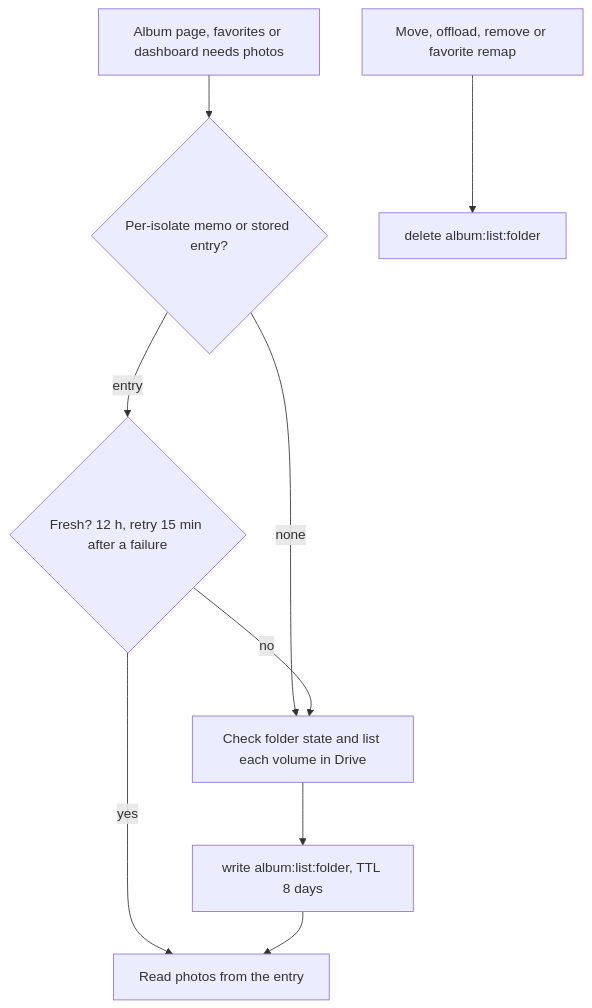
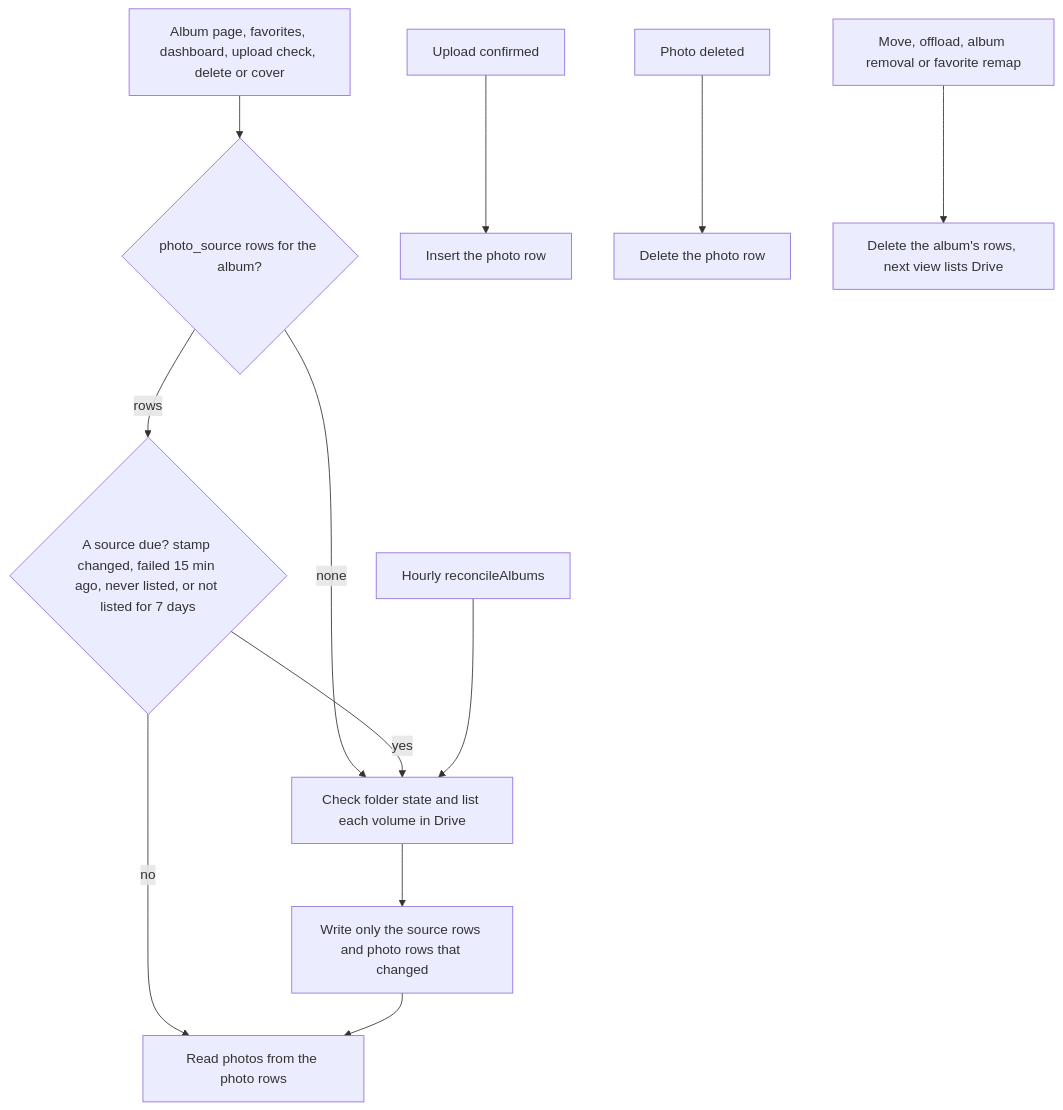
One commit to sagyzdop/meriksirat changed the diagram in docs/scenarios/kv/album-listing.md. Above: the diagram before and after it, drawn with Mermaid. The commit also changed other lines of this file and 53 other files, not shown here.

First line of the commit message:
feat(albums): keep photos as rows in D1 and remove KV

````diff
--- a/docs/scenarios/kv/album-listing.md
+++ b/docs/scenarios/kv/album-listing.md
@@ -7,11 +7,14 @@
 ```mermaid
 flowchart TD
-    A[Album page, favorites or dashboard needs photos] --> B{Per-isolate memo or stored entry?}
+    A[Album page, favorites, dashboard, upload check, delete or cover] --> B{photo_source rows for the album?}
     B -- none --> D[Check folder state and list each volume in Drive]
-    B -- entry --> C{Fresh? 12 h, retry 15 min after a failure}
-    C -- yes --> R[Read photos from the entry]
-    C -- no --> D
-    D --> E[write album:list:folder, TTL 8 days]
+    B -- rows --> C{A source due? stamp changed, failed 15 min ago, never listed, or not listed for 7 days}
+    C -- no --> R[Read photos from the photo rows]
+    C -- yes --> D
+    D --> E[Write only the source rows and photo rows that changed]
     E --> R
-    X[Move, offload, remove or favorite remap] --> Y[delete album:list:folder]
+    U[Upload confirmed] --> U2[Insert the photo row]
+    X[Photo deleted] --> X2[Delete the photo row]
+    M[Move, offload, album removal or favorite remap] --> M2[Delete the album's rows, next view lists Drive]
+    H[Hourly reconcileAlbums] --> D
 ```
````
